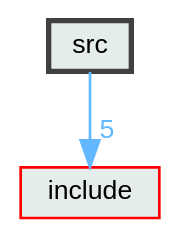
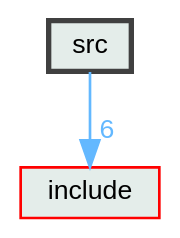
Before and after one commit to Juanki0396/ral: the diagram in docs/dir_68267d1309a1af8e8297ef4c3efbcdba_dep.dot, drawn with Graphviz. The commit also changed 34 other files, not shown here.

```diff
--- a/docs/dir_68267d1309a1af8e8297ef4c3efbcdba_dep.dot
+++ b/docs/dir_68267d1309a1af8e8297ef4c3efbcdba_dep.dot
@@ -1,11 +1,11 @@
 digraph "src"
 {
  // LATEX_PDF_SIZE
   bgcolor="transparent";
   edge [fontname=Helvetica,fontsize=10,labelfontname=Helvetica,labelfontsize=10];
   node [fontname=Helvetica,fontsize=10,shape=box,height=0.2,width=0.4];
   compound=true
   dir_68267d1309a1af8e8297ef4c3efbcdba [label="src", fillcolor="#e4edea", color="grey25", style="filled,bold", URL="dir_68267d1309a1af8e8297ef4c3efbcdba.html",tooltip=""];
   dir_d44c64559bbebec7f509842c48db8b23 [label="include", fillcolor="#e4edea", color="red", style="filled", URL="dir_d44c64559bbebec7f509842c48db8b23.html",tooltip=""];
-  dir_68267d1309a1af8e8297ef4c3efbcdba->dir_d44c64559bbebec7f509842c48db8b23 [headlabel="5", labeldistance=1.5 headhref="dir_000002_000000.html" href="dir_000002_000000.html" color="steelblue1" fontcolor="steelblue1"];
+  dir_68267d1309a1af8e8297ef4c3efbcdba->dir_d44c64559bbebec7f509842c48db8b23 [headlabel="6", labeldistance=1.5 headhref="dir_000002_000000.html" href="dir_000002_000000.html" color="steelblue1" fontcolor="steelblue1"];
 }
```
